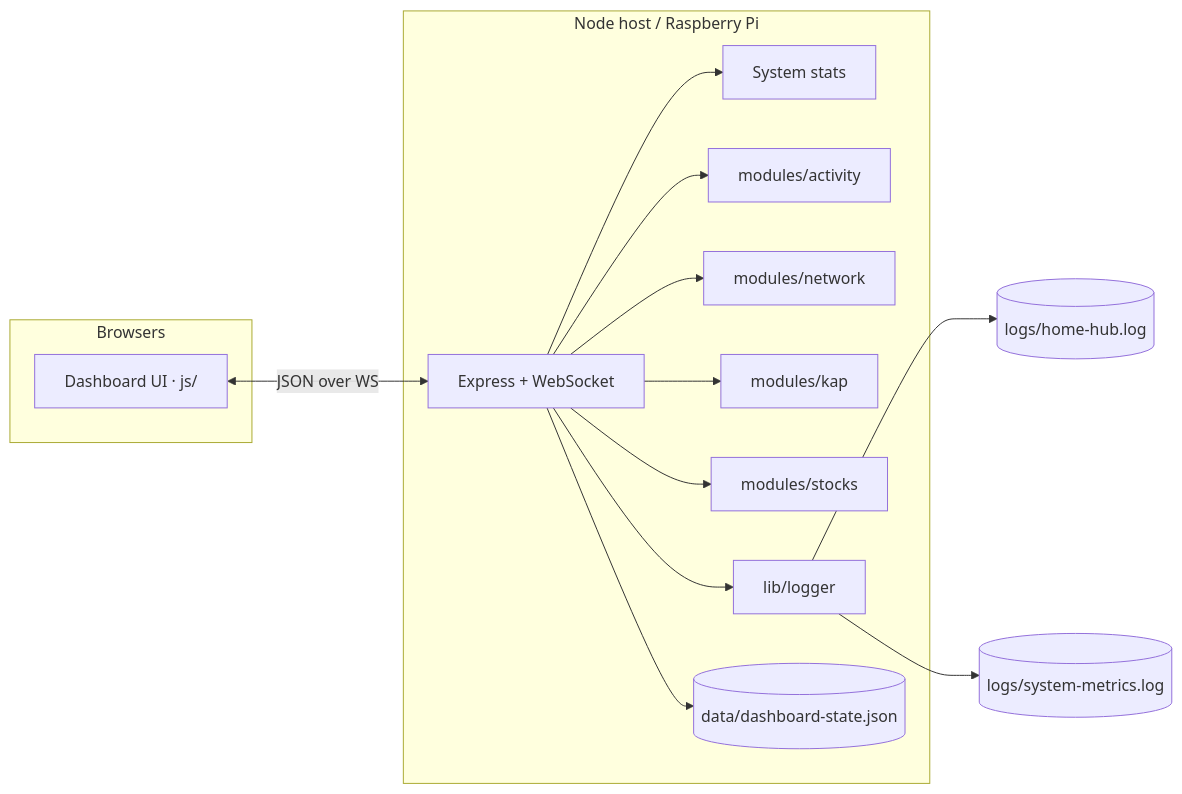
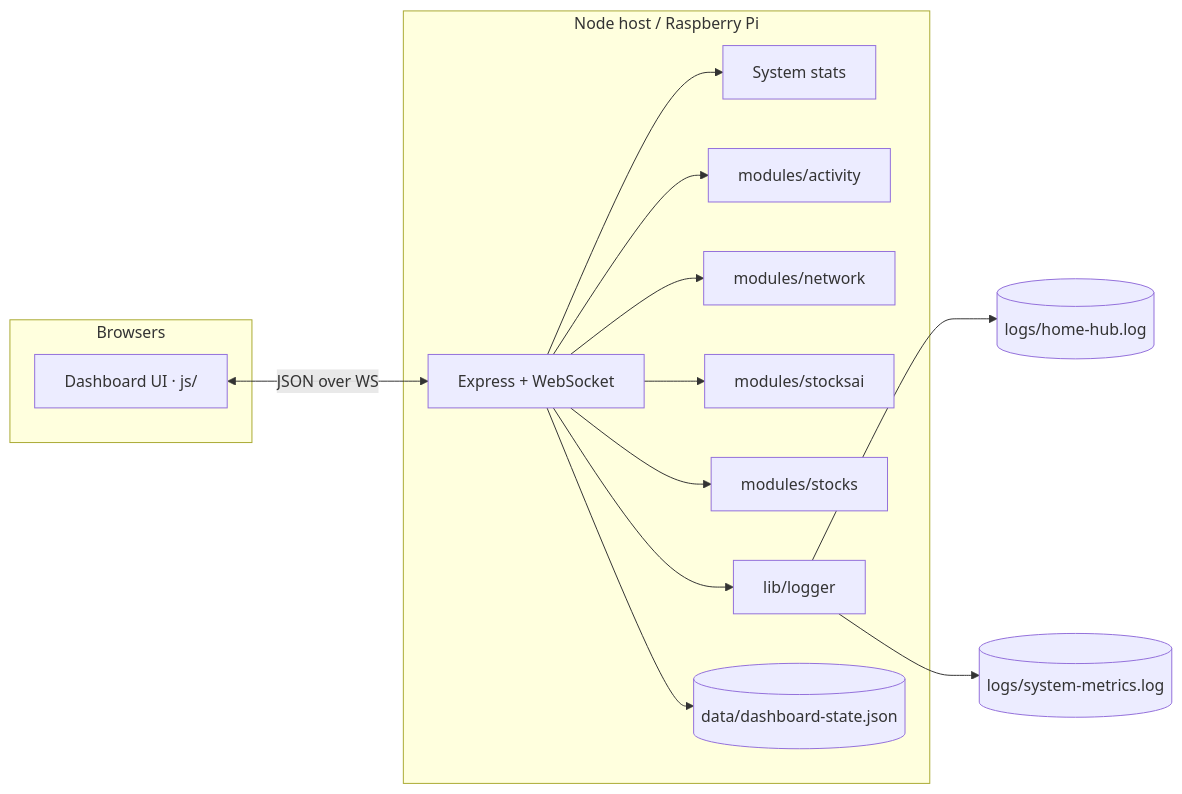
Before and after one commit to yigitcnsn/home-hub: the diagram in README.md, drawn with Mermaid. The commit also changed other lines of this file and 12 other files, not shown here.

First line of the commit message:
feat(stocksai): transition KAP module to Stocks AI with enhanced features

````diff
--- a/README.md
+++ b/README.md
@@ -155,28 +155,28 @@
 ```mermaid
 flowchart LR
   subgraph clients [Browsers]
     A[Dashboard UI · js/]
   end
 
   subgraph host [Node host / Raspberry Pi]
     B[Express + WebSocket]
     C[System stats]
     D[modules/activity]
     E[modules/network]
-    F[modules/kap]
+    F[modules/stocksai]
     F2[modules/stocks]
     G[lib/logger]
     H[(data/dashboard-state.json)]
   end
 
   A <-->|JSON over WS| B
   B --> C
   B --> D
   B --> E
   B --> F
   B --> F2
   B --> G
   B --> H
   G --> I[(logs/home-hub.log)]
   G --> J[(logs/system-metrics.log)]
 ```
````
